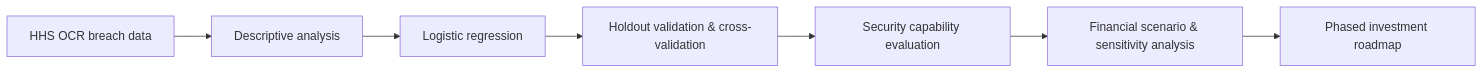
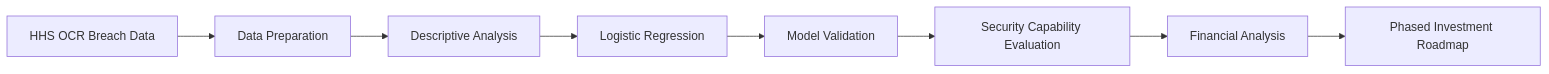
The first of 2 diagrams in README.md (rachelletecharchitect01-star/security-architecture-capstone), drawn with Mermaid before and after one commit. The commit also changed other lines of this file, not shown here.

````diff
--- a/README.md
+++ b/README.md
@@ -9,9 +25,10 @@
 ```mermaid
 flowchart LR
-    A[HHS OCR breach data] --> B[Descriptive analysis]
-    B --> C[Logistic regression]
-    C --> D[Holdout validation & cross-validation]
-    D --> E[Security capability evaluation]
-    E --> F[Financial scenario & sensitivity analysis]
-    F --> G[Phased investment roadmap]
+    A[HHS OCR Breach Data] --> B[Data Preparation]
+    B --> C[Descriptive Analysis]
+    C --> D[Logistic Regression]
+    D --> E[Model Validation]
+    E --> F[Security Capability Evaluation]
+    F --> G[Financial Analysis]
+    G --> H[Phased Investment Roadmap]
 ```
````
